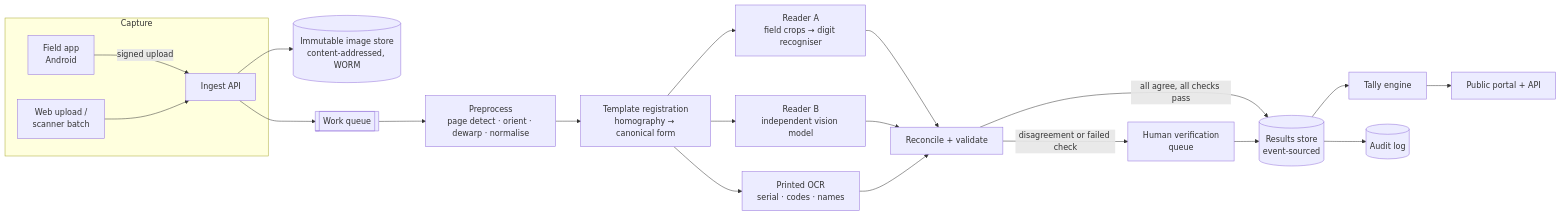
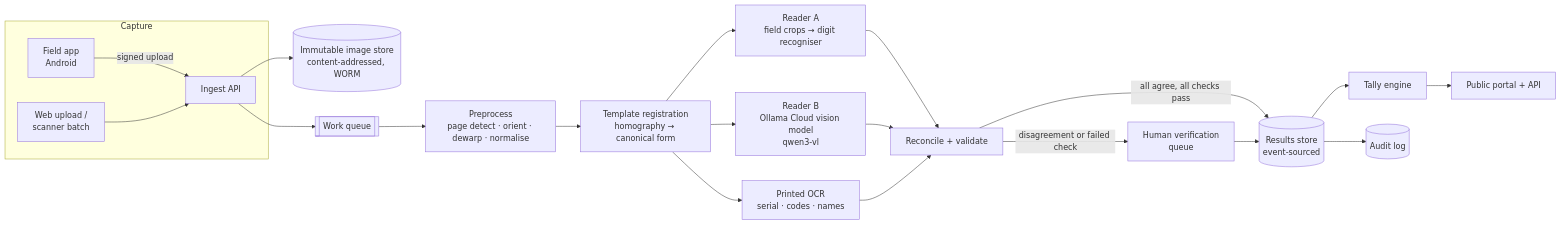
One commit to masukuma/TouchImageView changed the diagram in docs/results-processing/DESIGN.md. Above: the diagram before and after it, drawn with Mermaid. The commit also changed other lines of this file, not shown here.

First line of the commit message:
Use an Ollama Cloud vision model for Reader B

````diff
--- a/docs/results-processing/DESIGN.md
+++ b/docs/results-processing/DESIGN.md
@@ -49,21 +49,21 @@
 ```mermaid
 flowchart LR
   subgraph Capture
     A[Field app<br/>Android] -->|signed upload| B[Ingest API]
     A2[Web upload /<br/>scanner batch] --> B
   end
   B --> S[(Immutable image store<br/>content-addressed, WORM)]
   B --> Q[[Work queue]]
   Q --> P[Preprocess<br/>page detect · orient · dewarp · normalise]
   P --> R[Template registration<br/>homography → canonical form]
   R --> X1[Reader A<br/>field crops → digit recogniser]
-  R --> X2[Reader B<br/>independent vision model]
+  R --> X2[Reader B<br/>Ollama Cloud vision model<br/>qwen3-vl]
   R --> X3[Printed OCR<br/>serial · codes · names]
   X1 & X2 & X3 --> V[Reconcile + validate]
   V -->|all agree, all checks pass| T[(Results store<br/>event-sourced)]
   V -->|disagreement or failed check| H[Human verification<br/>queue]
   H --> T
   T --> G[Tally engine]
   G --> PUB[Public portal + API]
   T --> AUD[(Audit log)]
 ```
````
